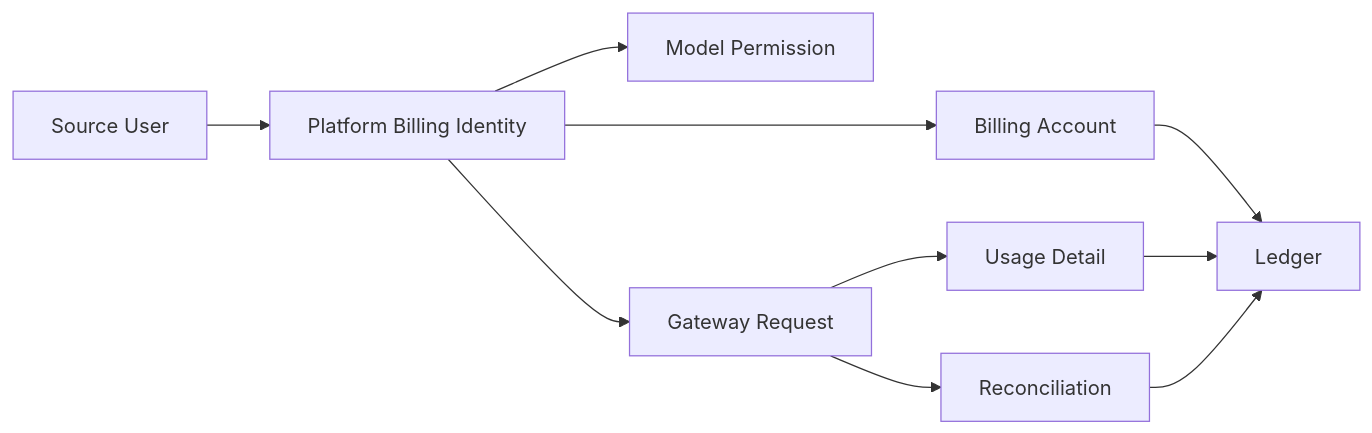
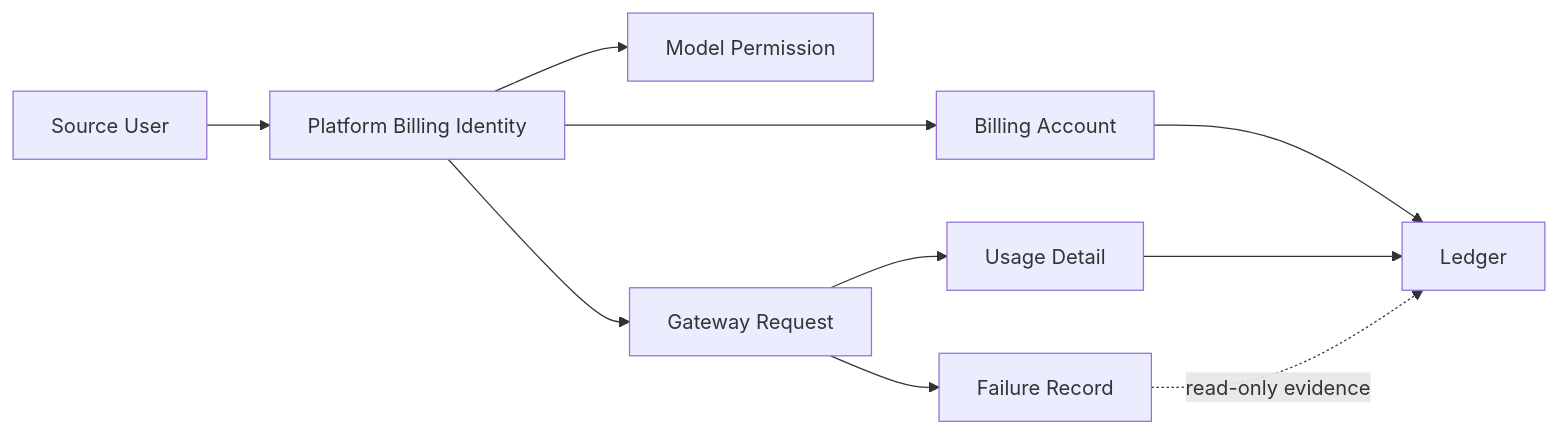
One commit to glide-the/dream-im-platform changed the first of 3 diagrams in docs/design/admin-resource-field-control-matrix.md. Above: the diagram before and after it, drawn with Mermaid. The commit also changed other lines of this file and 33 other files, not shown here.

````diff
--- a/docs/design/admin-resource-field-control-matrix.md
+++ b/docs/design/admin-resource-field-control-matrix.md
@@ -485,7 +484,8 @@
 ```mermaid
 flowchart LR
   SU["Source User"] --> PU["Platform Billing Identity"] --> MP["Model Permission"]
   PU --> BA["Billing Account"] --> LE["Ledger"]
   PU --> GR["Gateway Request"] --> UD["Usage Detail"] --> LE
-  GR --> RC["Reconciliation"] --> LE
+  GR --> ER["Failure Record"]
+  ER -. "read-only evidence" .-> LE
 ```
````
